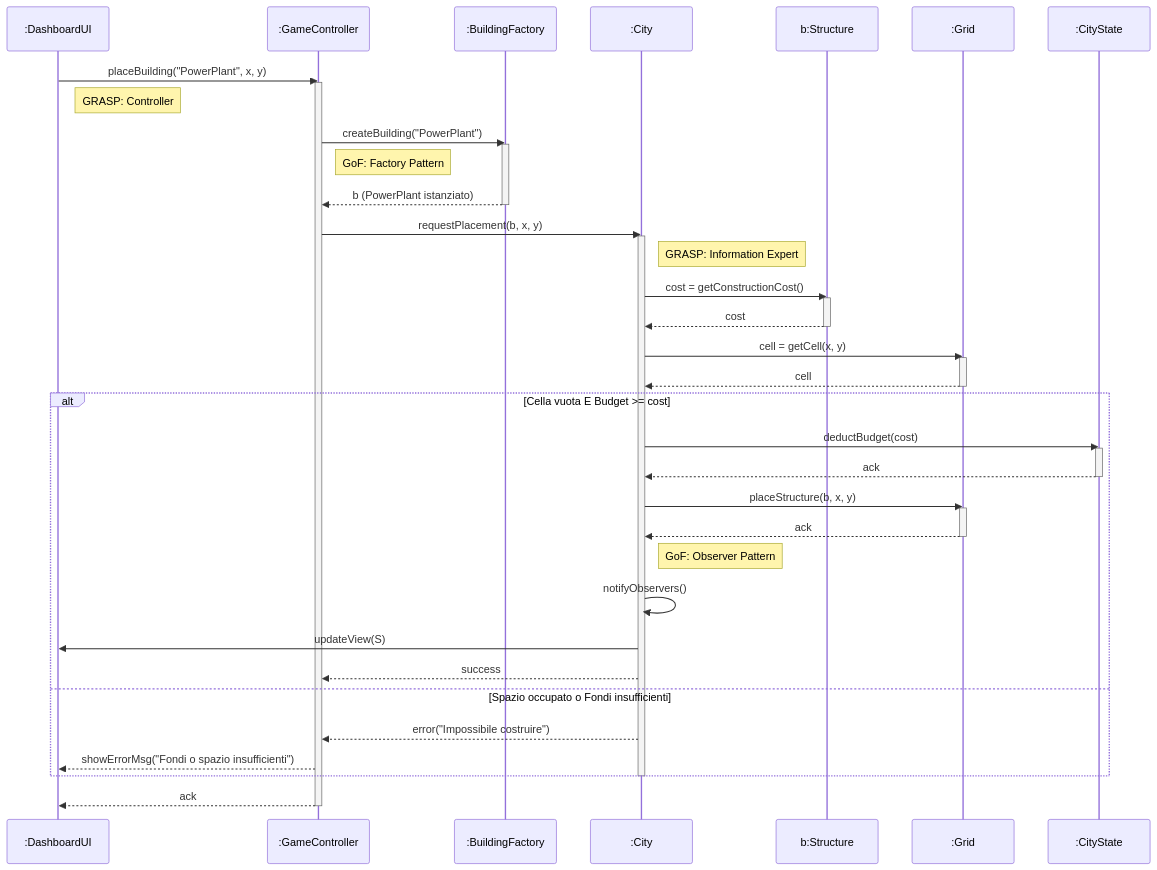
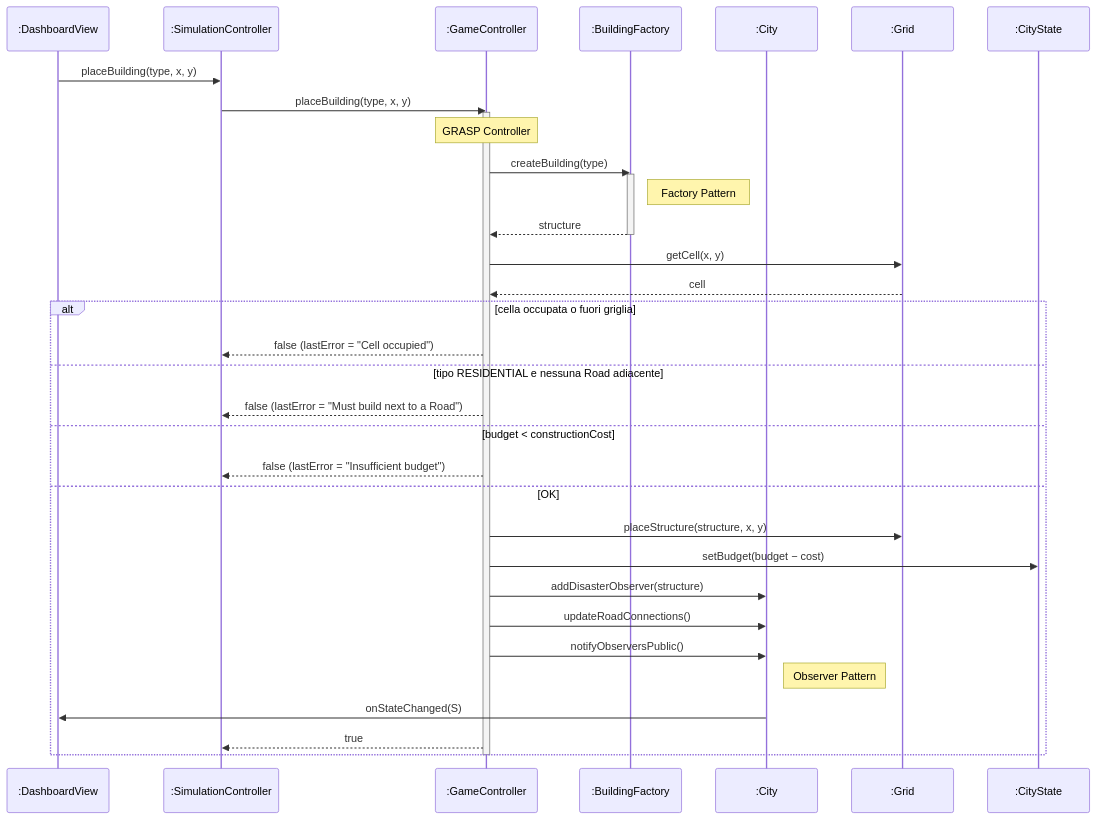
The fifth of 6 diagrams in docs/DesignDocument.md (simonebumstead/city_simulator), drawn with Mermaid before and after one commit. The commit also changed other lines of this file and 19 other files, not shown here.

````diff
--- a/docs/DesignDocument.md
+++ b/docs/DesignDocument.md
@@ -569,56 +532,42 @@
 ```mermaid
 sequenceDiagram
-    participant UI as :DashboardUI
-    participant C as :GameController
+    participant UI as :DashboardView
+    participant SC as :SimulationController
+    participant GC as :GameController
     participant F as :BuildingFactory
     participant City as :City
-    participant B as b:Structure
-    participant G as :Grid
+    participant Grid as :Grid
     participant S as :CityState
 
-    UI->>C: placeBuilding("PowerPlant", x, y)
-    activate C
-    Note right of UI: GRASP: Controller
+    UI->>SC: placeBuilding(type, x, y)
+    SC->>GC: placeBuilding(type, x, y)
+    activate GC
+    Note over GC: GRASP Controller
 
-    C->>F: createBuilding("PowerPlant")
+    GC->>F: createBuilding(type)
     activate F
-    Note right of C: GoF: Factory Pattern
-    F-->>C: b (PowerPlant istanziato)
+    Note right of F: Factory Pattern
+    F-->>GC: structure
     deactivate F
 
-    C->>City: requestPlacement(b, x, y)
-    activate City
-    Note right of City: GRASP: Information Expert
+    GC->>Grid: getCell(x, y)
+    Grid-->>GC: cell
 
-    City->>B: cost = getConstructionCost()
-    activate B
-    B-->>City: cost
-    deactivate B
-
-    City->>G: cell = getCell(x, y)
-    activate G
-    G-->>City: cell
-    deactivate G
-
-    alt Cella vuota E Budget >= cost
-        City->>S: deductBudget(cost)
-        activate S
-        S-->>City: ack
-        deactivate S
-        City->>G: placeStructure(b, x, y)
-        activate G
-        G-->>City: ack
-        deactivate G
-        Note right of City: GoF: Observer Pattern
-        City->>City: notifyObservers()
-        City->>UI: updateView(S)
-        City-->>C: success
-    else Spazio occupato o Fondi insufficienti
-        City-->>C: error("Impossibile costruire")
-        C-->>UI: showErrorMsg("Fondi o spazio insufficienti")
+    alt cella occupata o fuori griglia
+        GC-->>SC: false (lastError = "Cell occupied")
+    else tipo RESIDENTIAL e nessuna Road adiacente
+        GC-->>SC: false (lastError = "Must build next to a Road")
+    else budget < constructionCost
+        GC-->>SC: false (lastError = "Insufficient budget")
+    else OK
+        GC->>Grid: placeStructure(structure, x, y)
+        GC->>S: setBudget(budget − cost)
+        GC->>City: addDisasterObserver(structure)
+        GC->>City: updateRoadConnections()
+        GC->>City: notifyObserversPublic()
+        Note right of City: Observer Pattern
+        City->>UI: onStateChanged(S)
+        GC-->>SC: true
     end
-
-    deactivate City
-    C-->>UI: ack
-    deactivate C
+    deactivate GC
 ```
````
